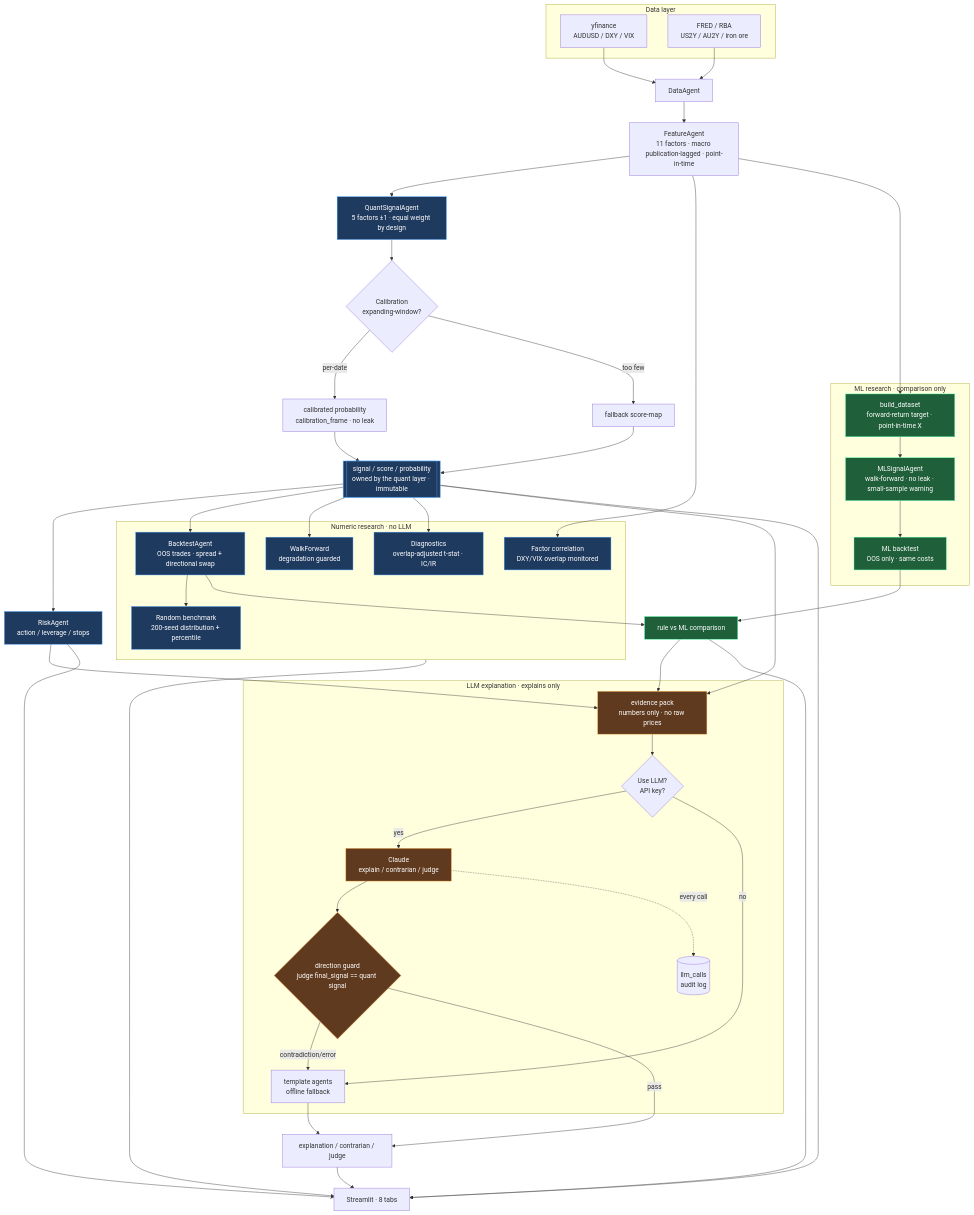
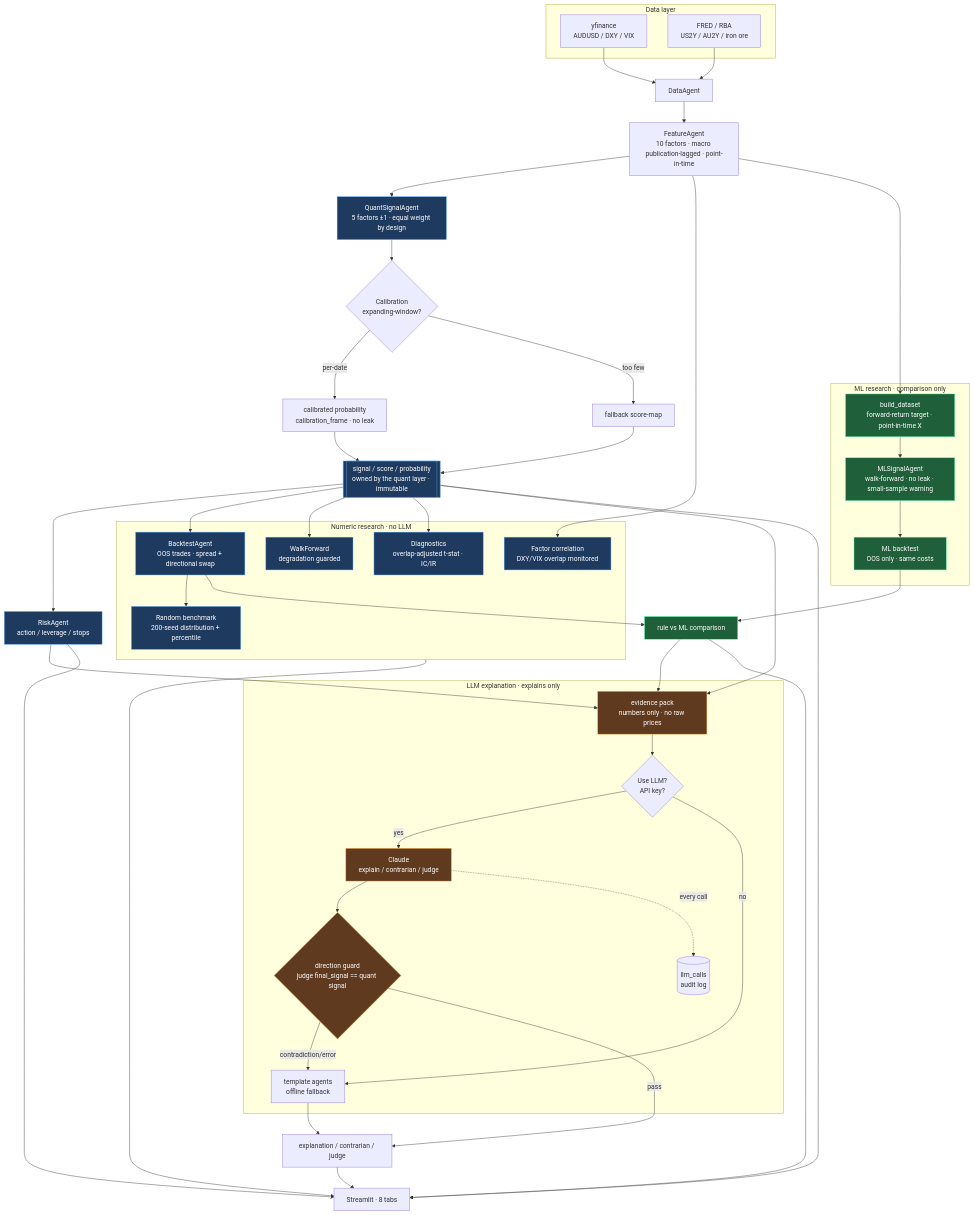
The diagram in docs/architecture.md (lvyongyu/AlphaFX), drawn with Mermaid before and after one commit. The commit also changed 6 other files, not shown here.

````diff
--- a/docs/architecture.md
+++ b/docs/architecture.md
@@ -14,76 +14,76 @@
 ```mermaid
 flowchart TD
     subgraph DATA["Data layer"]
         Y[yfinance<br/>AUDUSD / DXY / VIX]
         F[FRED / RBA<br/>US2Y / AU2Y / iron ore]
     end
     Y --> DA[DataAgent]
     F --> DA
-    DA --> FE[FeatureAgent<br/>11 factors · macro publication-lagged · point-in-time]
+    DA --> FE[FeatureAgent<br/>10 factors · macro publication-lagged · point-in-time]
     FE --> QS[QuantSignalAgent<br/>5 factors ±1 · equal weight by design]
 
     QS --> CAL{Calibration<br/>expanding-window?}
     CAL -- per-date --> CP[calibrated probability<br/>calibration_frame · no leak]
     CAL -- too few --> FB[fallback score-map]
     CP --> SIG[[signal / score / probability<br/>owned by the quant layer · immutable]]
     FB --> SIG
 
     SIG --> RISK[RiskAgent<br/>action / leverage / stops]
 
     %% Numeric research — never calls the LLM
     subgraph NUM["Numeric research · no LLM"]
         BT[BacktestAgent<br/>OOS trades · spread + directional swap]
         WF[WalkForward<br/>degradation guarded]
         DIAG[Diagnostics<br/>overlap-adjusted t-stat · IC/IR]
         CORR[Factor correlation<br/>DXY/VIX overlap monitored]
         RND[Random benchmark<br/>200-seed distribution + percentile]
     end
     SIG --> BT
     SIG --> WF
     SIG --> DIAG
     FE --> CORR
     BT --> RND
 
     %% ML research comparison — rule signal stays primary
     subgraph MLB["ML research · comparison only"]
         DS[build_dataset<br/>forward-return target · point-in-time X]
         ML2[MLSignalAgent<br/>walk-forward · no leak · small-sample warning]
         MLBT[ML backtest<br/>OOS only · same costs]
     end
     FE --> DS --> ML2 --> MLBT
     BT --> CMP[rule vs ML comparison]
     MLBT --> CMP
 
     %% LLM explanation layer — explains, never sets the signal
     subgraph LLMX["LLM explanation · explains only"]
         EV[evidence pack<br/>numbers only · no raw prices]
         TOG{Use LLM?<br/>API key?}
         LLM[Claude<br/>explain / contrarian / judge]
         GUARD{direction guard<br/>judge final_signal == quant signal}
         TPL[template agents<br/>offline fallback]
         LOG[(llm_calls<br/>audit log)]
     end
     SIG --> EV
     RISK --> EV
     CMP --> EV
     EV --> TOG
     TOG -- yes --> LLM --> GUARD
     TOG -- no --> TPL
     GUARD -- contradiction/error --> TPL
     GUARD -- pass --> OUT[explanation / contrarian / judge]
     TPL --> OUT
     LLM -. every call .-> LOG
 
     SIG --> UI[Streamlit · 8 tabs]
     RISK --> UI
     NUM --> UI
     CMP --> UI
     OUT --> UI
 
     classDef quant fill:#1f3a5f,stroke:#4da3ff,color:#fff;
     classDef llm fill:#5f3a1f,stroke:#ffae4d,color:#fff;
     classDef ml fill:#1f5f3a,stroke:#4dffae,color:#fff;
     class SIG,QS,RISK,BT,WF,DIAG,CORR,RND quant;
     class LLM,EV,GUARD llm;
     class DS,ML2,MLBT,CMP ml;
 ```
````
